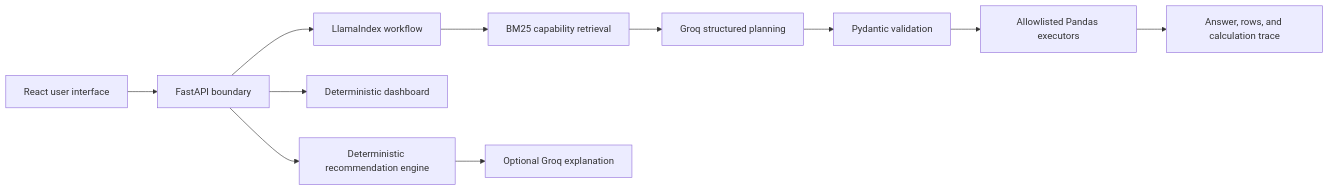
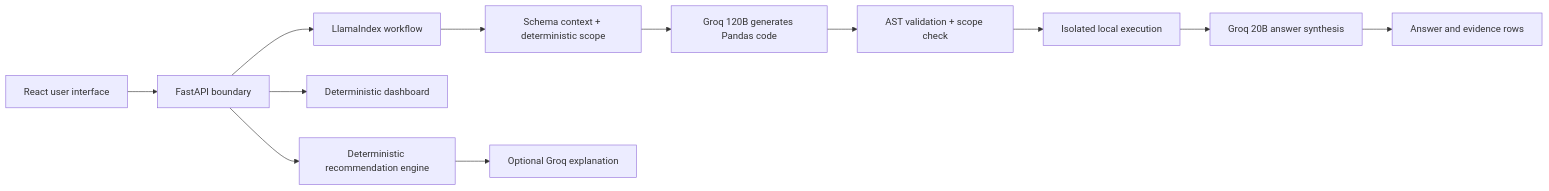
One commit to Rujul13/student-analytics-copilot changed the first of 2 diagrams in DECISIONS.md. Above: the diagram before and after it, drawn with Mermaid. The commit also changed other lines of this file and 1 other file, not shown here.

Commit message:
docs: document the CSV Pandas data agent architecture

````diff
--- a/DECISIONS.md
+++ b/DECISIONS.md
@@ -43,13 +43,14 @@
 ```mermaid
 flowchart LR
     U["React user interface"] --> API["FastAPI boundary"]
     API --> LI["LlamaIndex workflow"]
-    LI --> R["BM25 capability retrieval"]
-    R --> G["Groq structured planning"]
-    G --> V["Pydantic validation"]
-    V --> P["Allowlisted Pandas executors"]
-    P --> A["Answer, rows, and calculation trace"]
+    LI --> SC["Schema context + deterministic scope"]
+    SC --> GEN["Groq 120B generates Pandas code"]
+    GEN --> VAL["AST validation + scope check"]
+    VAL --> EXEC["Isolated local execution"]
+    EXEC --> SYN["Groq 20B answer synthesis"]
+    SYN --> A["Answer and evidence rows"]
     API --> D["Deterministic dashboard"]
     API --> REC["Deterministic recommendation engine"]
     REC --> GX["Optional Groq explanation"]
 ```
````
